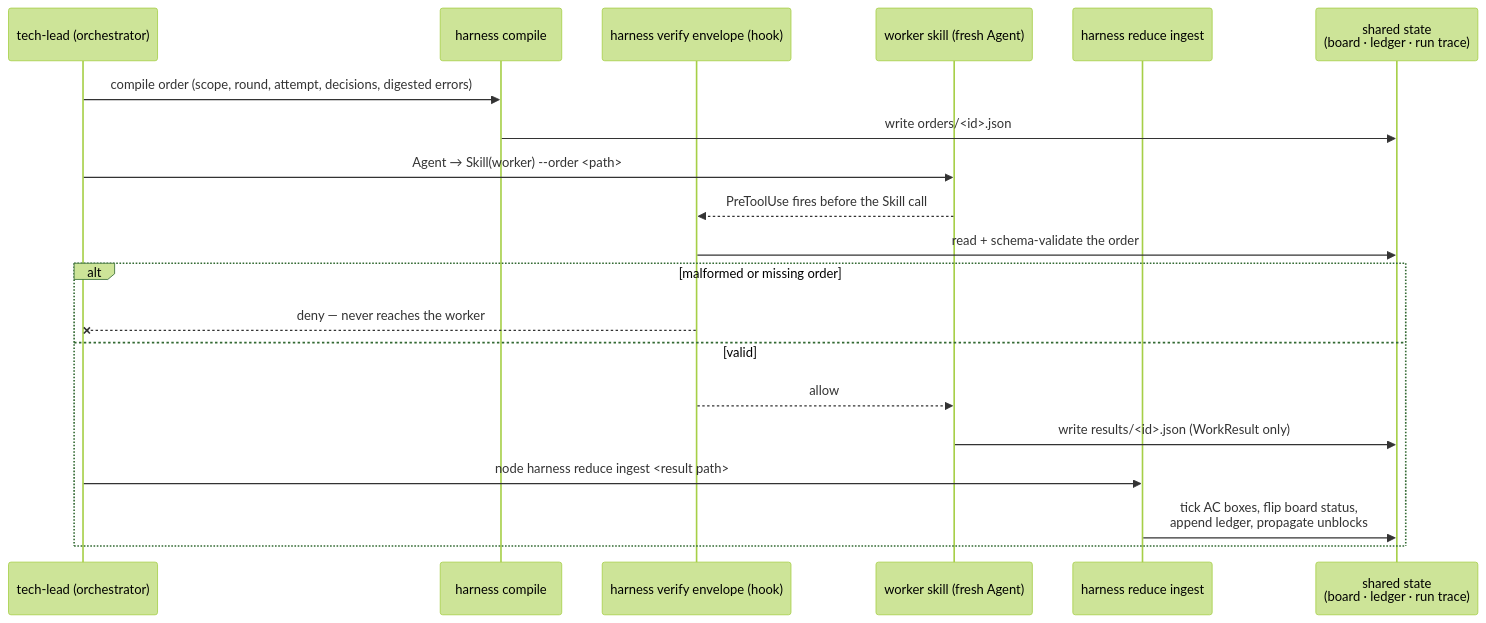
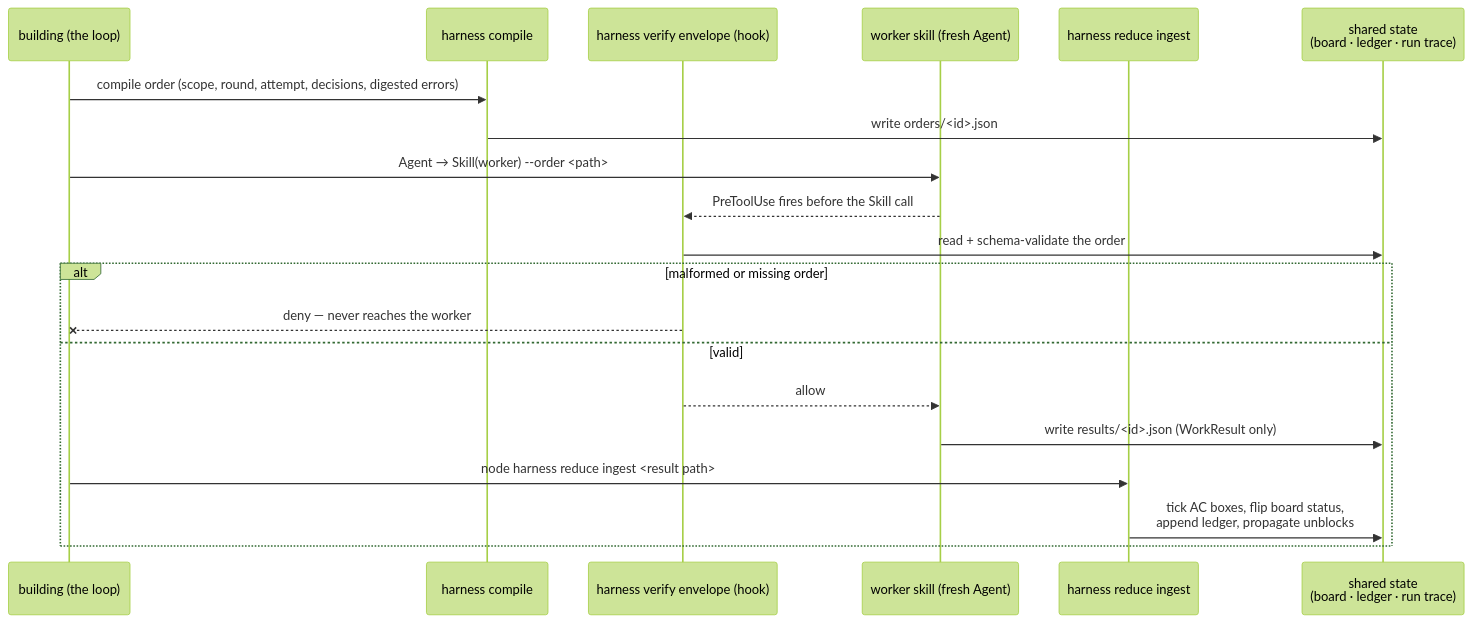
Before and after one commit to nguyenvanphituoc/shapeup-sdlc-plugin: the first of 3 diagrams in docs/design/03-system-design.md, drawn with Mermaid (forest theme). The commit also changed other lines of this file and 100 other files, not shown here.

First line of the commit message:
refactor(skills): retire the control plane — delete tech-lead and its run script, merge snapshot into resume, drop the dead schema defs

````diff
--- a/docs/design/03-system-design.md
+++ b/docs/design/03-system-design.md
@@ -16,23 +16,23 @@
 ```mermaid
 sequenceDiagram
-    participant TL as tech-lead (orchestrator)
+    participant TL as building (the loop)
     participant CO as harness compile
     participant VE as harness verify envelope (hook)
     participant W as worker skill (fresh Agent)
     participant IR as harness reduce ingest
     participant FS as shared state<br/>(board · ledger · run trace)
 
     TL->>CO: compile order (scope, round, attempt, decisions, digested errors)
     CO->>FS: write orders/<id>.json
     TL->>W: Agent → Skill(worker) --order <path>
     W-->>VE: PreToolUse fires before the Skill call
     VE->>FS: read + schema-validate the order
     alt malformed or missing order
         VE--xTL: deny — never reaches the worker
     else valid
         VE-->>W: allow
         W->>FS: write results/<id>.json (WorkResult only)
         TL->>IR: node harness reduce ingest <result path>;
         IR->>FS: tick AC boxes, flip board status,<br/>append ledger, propagate unblocks
     end
 ```
````
